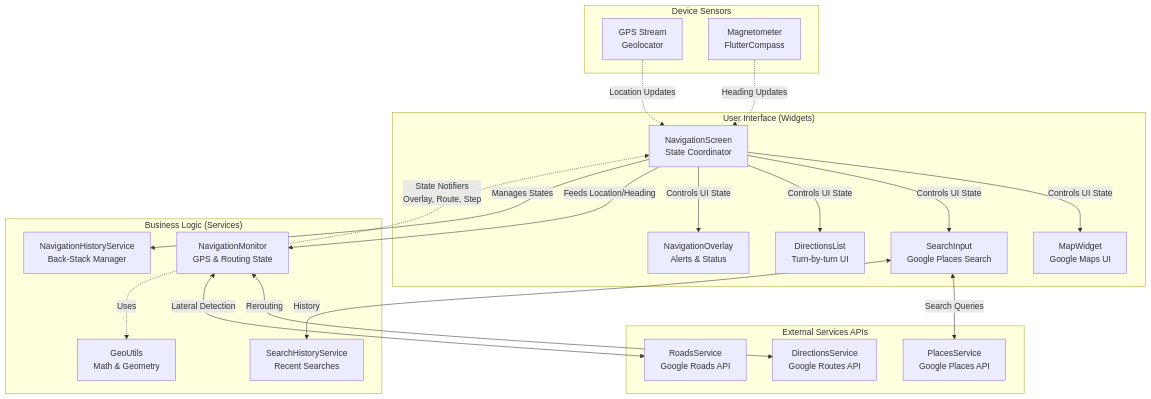
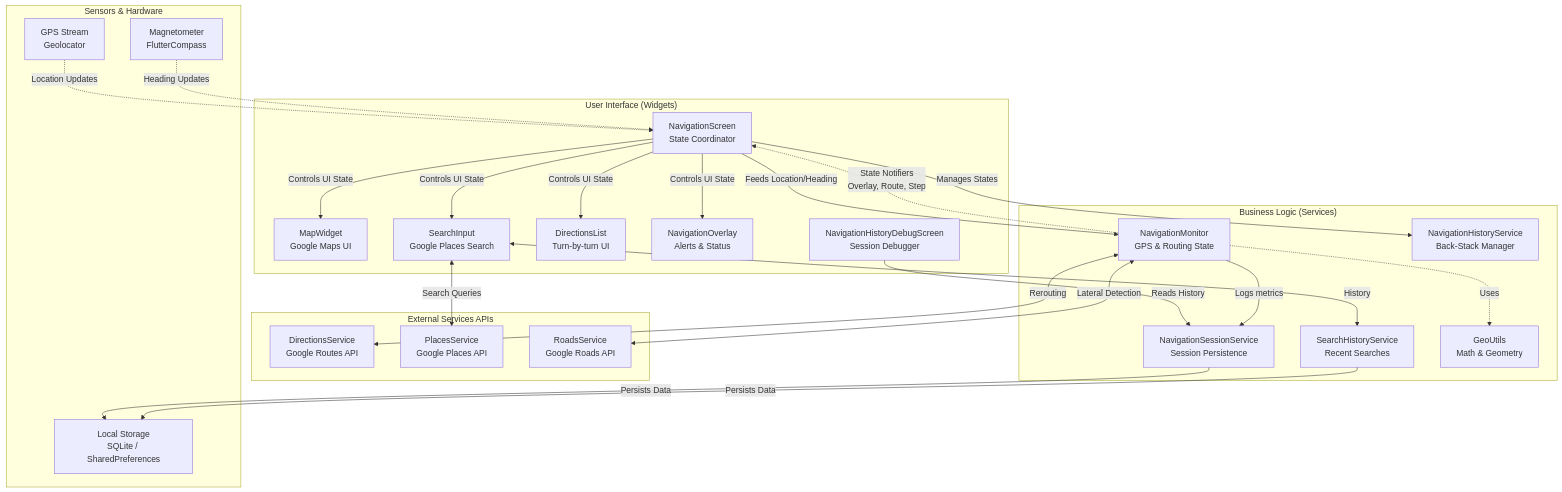
Before and after one commit to Falco483/PII: the first of 2 diagrams in architecture_and_bpmn.md, drawn with Mermaid. The commit also changed other lines of this file and 7 other files, not shown here.

````diff
--- a/architecture_and_bpmn.md
+++ b/architecture_and_bpmn.md
@@ -13,50 +13,58 @@
 ```mermaid
 flowchart TD
     subgraph UI["User Interface (Widgets)"]
         NS["NavigationScreen<br>State Coordinator"]
         MW["MapWidget<br>Google Maps UI"]
         SI["SearchInput<br>Google Places Search"]
         DL["DirectionsList<br>Turn-by-turn UI"]
         NO["NavigationOverlay<br>Alerts & Status"]
+        NHDS["NavigationHistoryDebugScreen<br>Session Debugger"]
     end
 
     subgraph Logic["Business Logic (Services)"]
         NM["NavigationMonitor<br>GPS & Routing State"]
         NHS["NavigationHistoryService<br>Back-Stack Manager"]
+        NSS["NavigationSessionService<br>Session Persistence"]
         SHS["SearchHistoryService<br>Recent Searches"]
         GU["GeoUtils<br>Math & Geometry"]
     end
 
     subgraph API["External Services APIs"]
         DS["DirectionsService<br>Google Routes API"]
         PS["PlacesService<br>Google Places API"]
         RS["RoadsService<br>Google Roads API"]
     end
 
-    subgraph Hardware["Device Sensors"]
+    subgraph Hardware["Sensors & Hardware"]
         GPS["GPS Stream<br>Geolocator"]
         Compass["Magnetometer<br>FlutterCompass"]
+        Storage["Local Storage<br>SQLite / SharedPreferences"]
     end
 
     %% Relazioni UI
     NS -->|Controls UI State| MW
     NS -->|Controls UI State| SI
     NS -->|Controls UI State| DL
     NS -->|Controls UI State| NO
+    NHDS -->|Reads History| NSS
 
     %% Relazioni NavigationScreen con Logic e Sensori
     GPS -.->|Location Updates| NS
     Compass -.->|Heading Updates| NS
     NS -->|Feeds Location/Heading| NM
     NS -->|Manages States| NHS
 
     %% Relazioni Logic
     SI <-->|Search Queries| PS
     SI <-->|History| SHS
     NM <-->|Rerouting| DS
     NM <-->|Lateral Detection| RS
+    NM -->|Logs metrics| NSS
     NM -.->|Uses| GU
+
+    NSS -->|Persists Data| Storage
+    SHS -->|Persists Data| Storage
 
     %% Navigation Monitor notifica la UI
     NM -.->|"State Notifiers<br>Overlay, Route, Step"| NS
 ```
````
